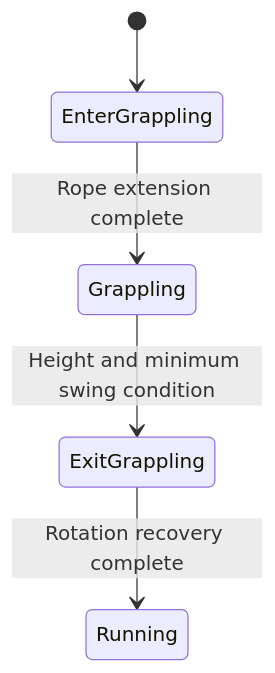
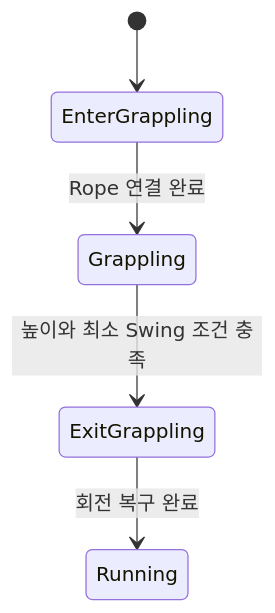
One commit to DuckBaee/DoDoDoIt-Client-Portfolio changed the second of 2 diagrams in README.md. Above: the diagram before and after it, drawn with Mermaid. The commit also changed other lines of this file and 7 other files, not shown here.

````diff
--- a/README.md
+++ b/README.md
@@ -63,7 +61,7 @@
 ```mermaid
 stateDiagram-v2
     [*] --> EnterGrappling
-    EnterGrappling --> Grappling: Rope extension complete
-    Grappling --> ExitGrappling: Height and minimum swing condition
-    ExitGrappling --> Running: Rotation recovery complete
+    EnterGrappling --> Grappling: Rope 연결 완료
+    Grappling --> ExitGrappling: 높이와 최소 Swing 조건 충족
+    ExitGrappling --> Running: 회전 복구 완료
 ```
````
